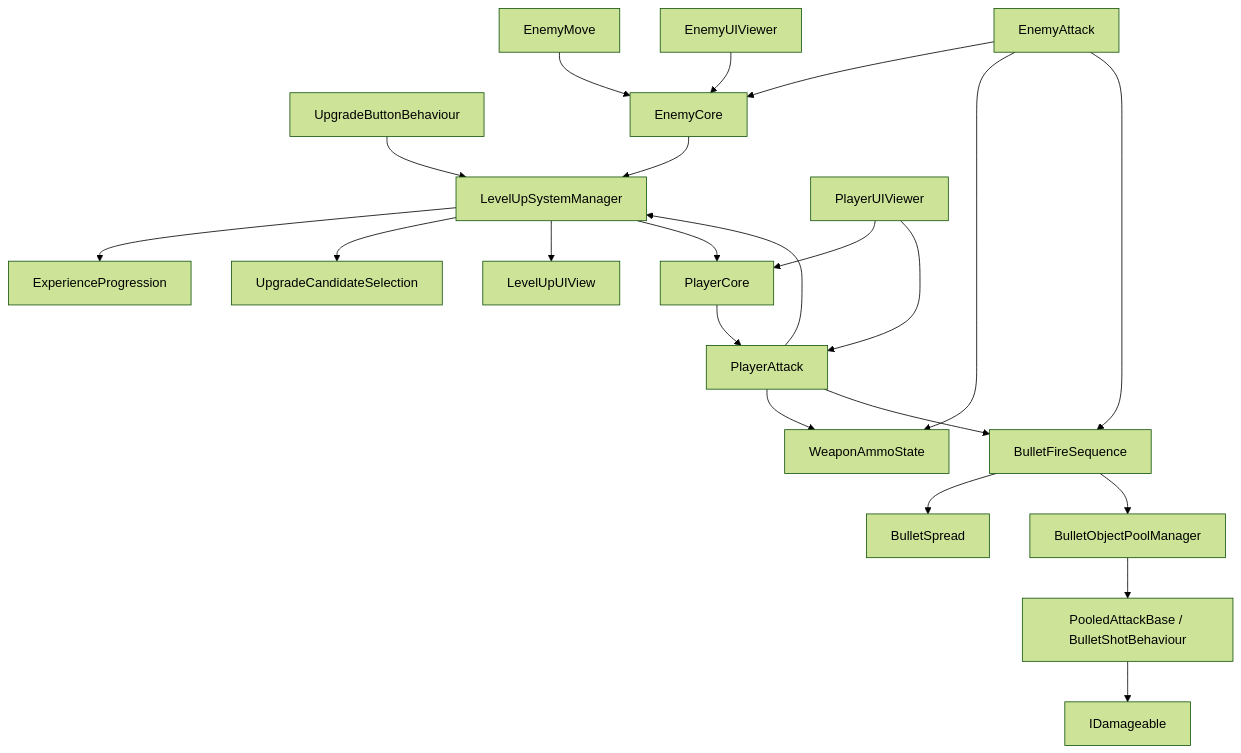
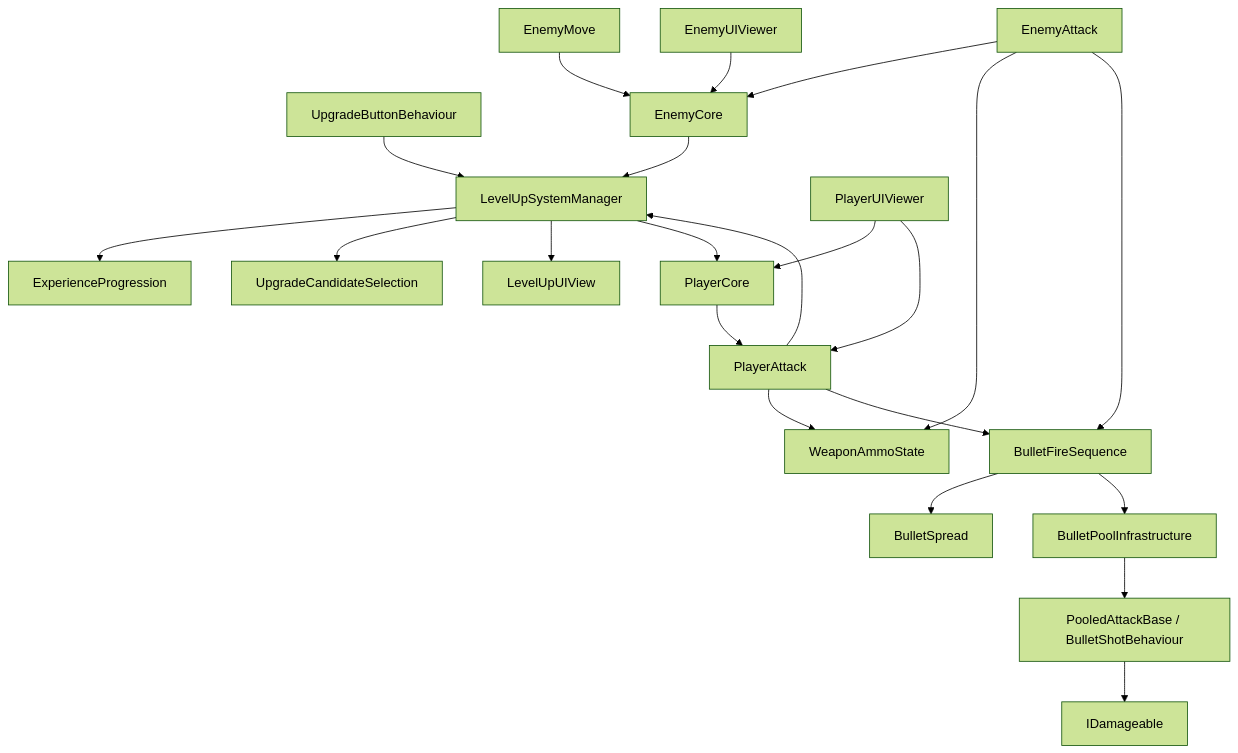
The diagram in docs/specs/gameplay-architecture.md (AoiTomiyama/kojinProjectFeb3D), drawn with Mermaid (forest theme) before and after one commit. The commit also changed other lines of this file and 21 other files, not shown here.

````diff
--- a/docs/specs/gameplay-architecture.md
+++ b/docs/specs/gameplay-architecture.md
@@ -28,24 +28,24 @@
 ```mermaid
 flowchart TD
     Button[UpgradeButtonBehaviour] --> Manager[LevelUpSystemManager]
     Enemy[EnemyCore] --> Manager
     Manager --> Progress[ExperienceProgression]
     Manager --> Selection[UpgradeCandidateSelection]
     Manager --> View[LevelUpUIView]
     Manager --> Player[PlayerCore]
     Player --> Attack[PlayerAttack]
     Attack --> Manager
     EnemyAttack[EnemyAttack] --> Enemy
     EnemyAttack --> Ammo
     EnemyAttack --> Fire
     EnemyMove[EnemyMove] --> Enemy
     Attack --> Ammo[WeaponAmmoState]
     Attack --> Fire[BulletFireSequence]
     Fire --> Spread[BulletSpread]
-    Fire --> Pool[BulletObjectPoolManager]
+    Fire --> Pool[BulletPoolInfrastructure]
     Pool --> Bullet[PooledAttackBase / BulletShotBehaviour]
     PlayerUI[PlayerUIViewer] --> Player
     PlayerUI --> Attack
     EnemyUI[EnemyUIViewer] --> Enemy
     Bullet --> Damage[IDamageable]
 ```
````
